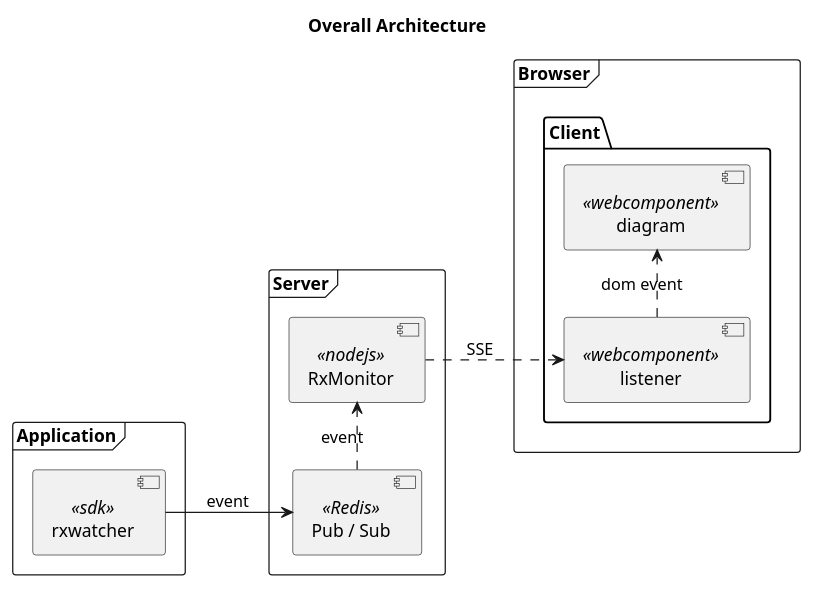
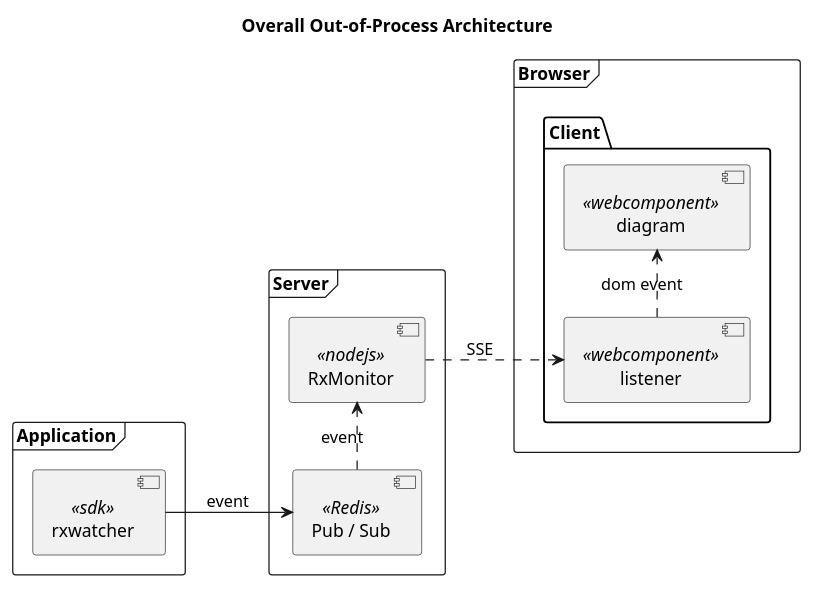
The diagram in architecture.puml (bsorrentino/RxMonitor), drawn with PlantUML before and after one commit. The commit also changed 4 other files, not shown here.

```diff
--- a/architecture.puml
+++ b/architecture.puml
@@ -1,31 +1,31 @@
 @startuml
 left to right direction
 
-title Overall Architecture
+title Overall Out-of-Process Architecture
 
 frame "Server" {
   [RxMonitor] as RxMonitor << nodejs >>
   [Pub / Sub] as Redis << Redis >>
   [Redis] .> [RxMonitor] : event
   ''[RxMonitor] --> [Redis] : sub
 }
 
 frame "Application" {
   [rxwatcher] as [rxwatcher]  << sdk >>
   [rxwatcher] --> [Redis] : event
 }
 
 frame "Browser" {
   package "Client" {
     [listener] as listener << webcomponent >>
     [diagram] as diagram << webcomponent >>
   }
 }
 'Client --> [RxMonitor] : Download from
 
 [listener] .> [diagram] : dom event
 
 
 [RxMonitor] ..> [listener] : SSE
 
 @enduml
```
